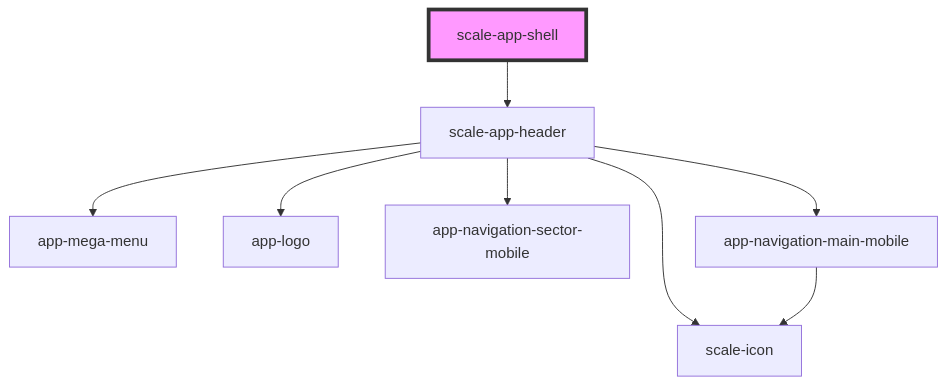
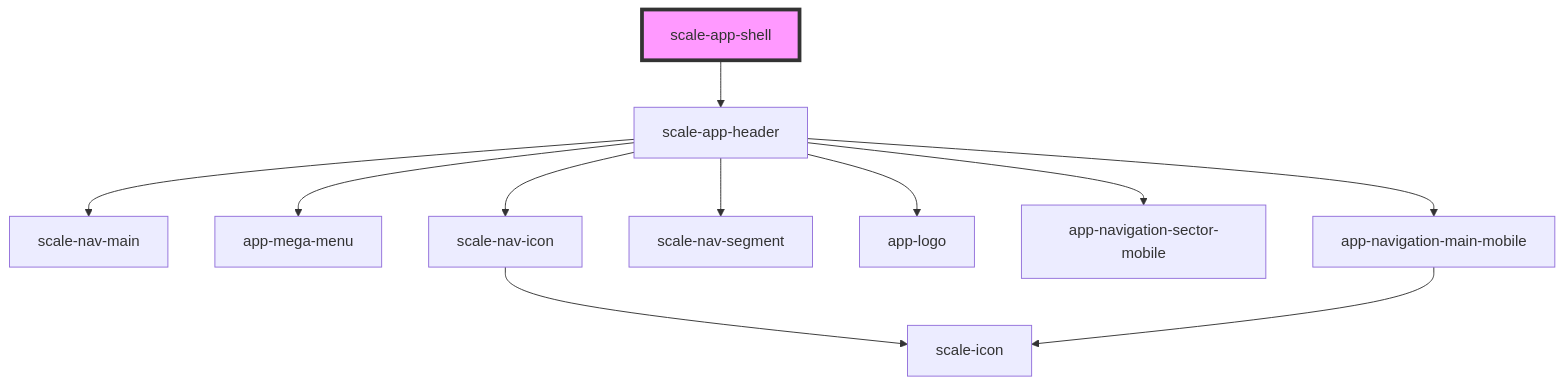
The diagram in packages/components/src/components/app-shell/readme.md (gaurishkamat/scale), drawn with Mermaid before and after one commit. The commit also changed other lines of this file and 44 other files, not shown here.

````diff
--- a/packages/components/src/components/app-shell/readme.md
+++ b/packages/components/src/components/app-shell/readme.md
@@ -31,11 +33,14 @@
 ```mermaid
 graph TD;
   scale-app-shell --> scale-app-header
+  scale-app-header --> scale-nav-main
   scale-app-header --> app-mega-menu
-  scale-app-header --> scale-icon
+  scale-app-header --> scale-nav-icon
+  scale-app-header --> scale-nav-segment
   scale-app-header --> app-logo
   scale-app-header --> app-navigation-sector-mobile
   scale-app-header --> app-navigation-main-mobile
+  scale-nav-icon --> scale-icon
   app-navigation-main-mobile --> scale-icon
   style scale-app-shell fill:#f9f,stroke:#333,stroke-width:4px
 ```
````
